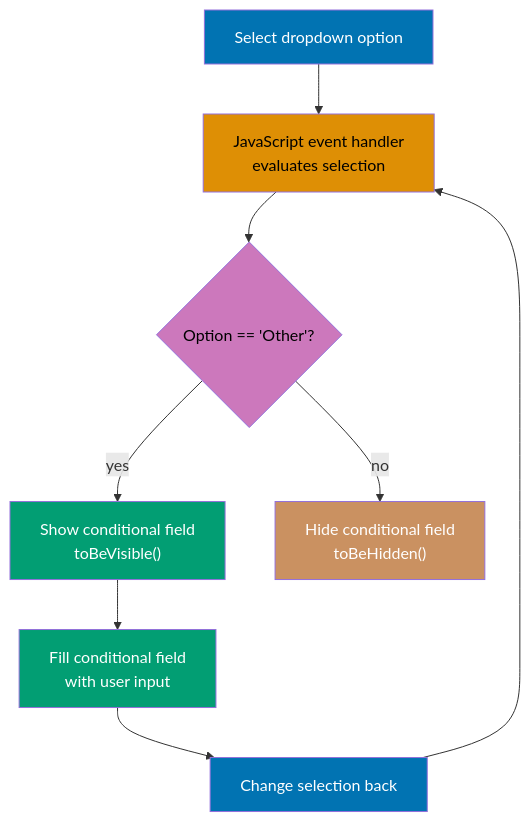
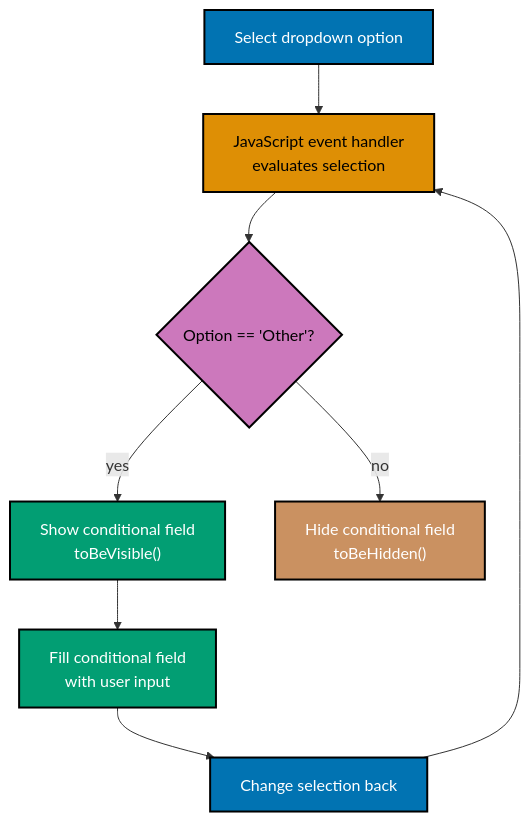
Before and after one commit to wahidyankf/open-sharia-enterprise: the first of 15 diagrams in apps/ayokoding-web/content/en/learn/software-engineering/automation-testing/tools/playwright/by-example/intermediate.md, drawn with Mermaid. The commit also changed other lines of this file and 25 other files, not shown here.

````diff
--- a/apps/ayokoding-web/content/en/learn/software-engineering/automation-testing/tools/playwright/by-example/intermediate.md
+++ b/apps/ayokoding-web/content/en/learn/software-engineering/automation-testing/tools/playwright/by-example/intermediate.md
@@ -98,19 +98,19 @@
 ```mermaid
 %% Color Palette: Blue #0173B2, Orange #DE8F05, Teal #029E73, Purple #CC78BC, Brown #CA9161
 graph TD
     Select["Select dropdown option"] --> JS["JavaScript event handler<br/>evaluates selection"]
     JS --> Cond{"Option == 'Other'?"}
     Cond -->|yes| Show["Show conditional field<br/>toBeVisible()"]
     Cond -->|no| Hide["Hide conditional field<br/>toBeHidden()"]
     Show --> Fill["Fill conditional field<br/>with user input"]
     Fill --> ChangeBack["Change selection back"]
     ChangeBack --> JS
 
-    style Select fill:#0173B2,color:#fff
-    style JS fill:#DE8F05,color:#000
-    style Cond fill:#CC78BC,color:#000
-    style Show fill:#029E73,color:#fff
-    style Hide fill:#CA9161,color:#fff
-    style Fill fill:#029E73,color:#fff
-    style ChangeBack fill:#0173B2,color:#fff
+    style Select fill:#0173B2,stroke:#000000,stroke-width:2px,color:#fff
+    style JS fill:#DE8F05,stroke:#000000,stroke-width:2px,color:#000
+    style Cond fill:#CC78BC,stroke:#000000,stroke-width:2px,color:#000
+    style Show fill:#029E73,stroke:#000000,stroke-width:2px,color:#fff
+    style Hide fill:#CA9161,stroke:#000000,stroke-width:2px,color:#fff
+    style Fill fill:#029E73,stroke:#000000,stroke-width:2px,color:#fff
+    style ChangeBack fill:#0173B2,stroke:#000000,stroke-width:2px,color:#fff
 ```
````
